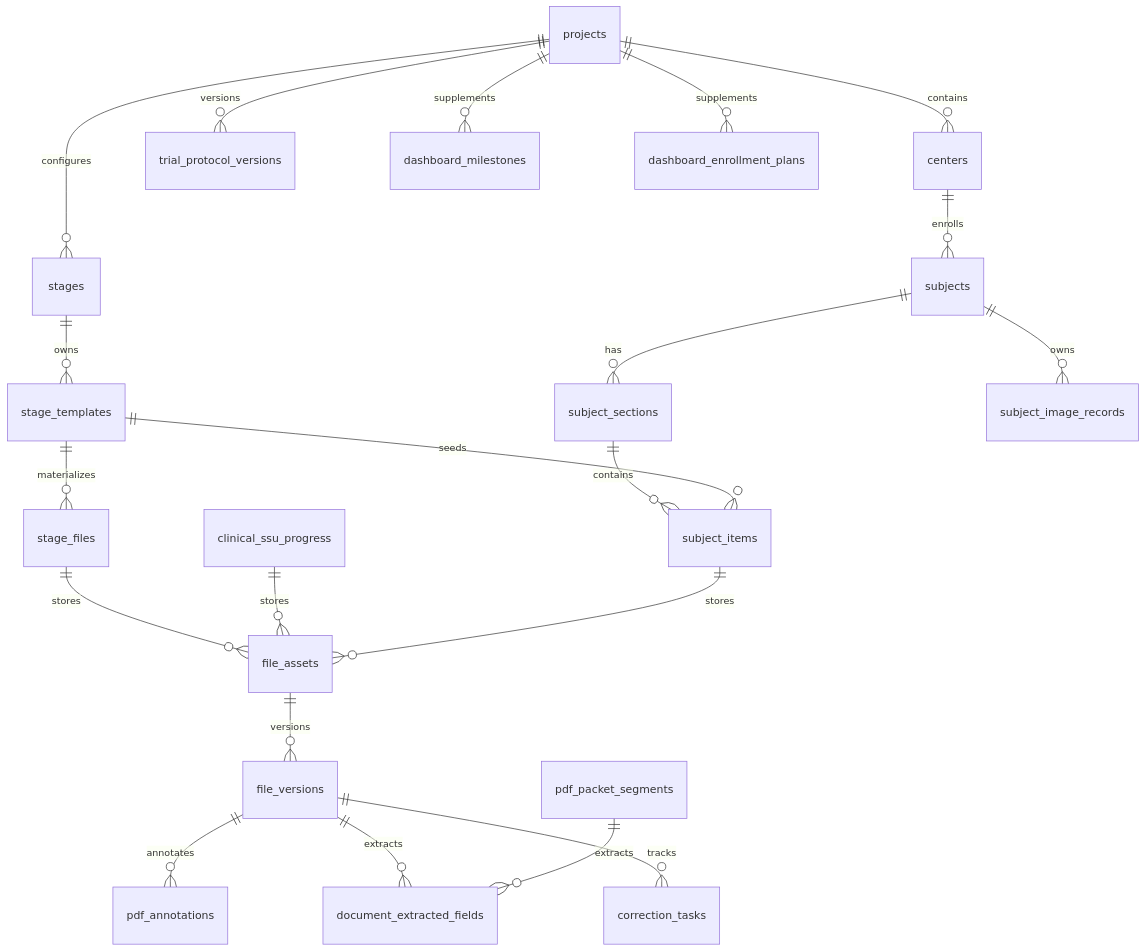
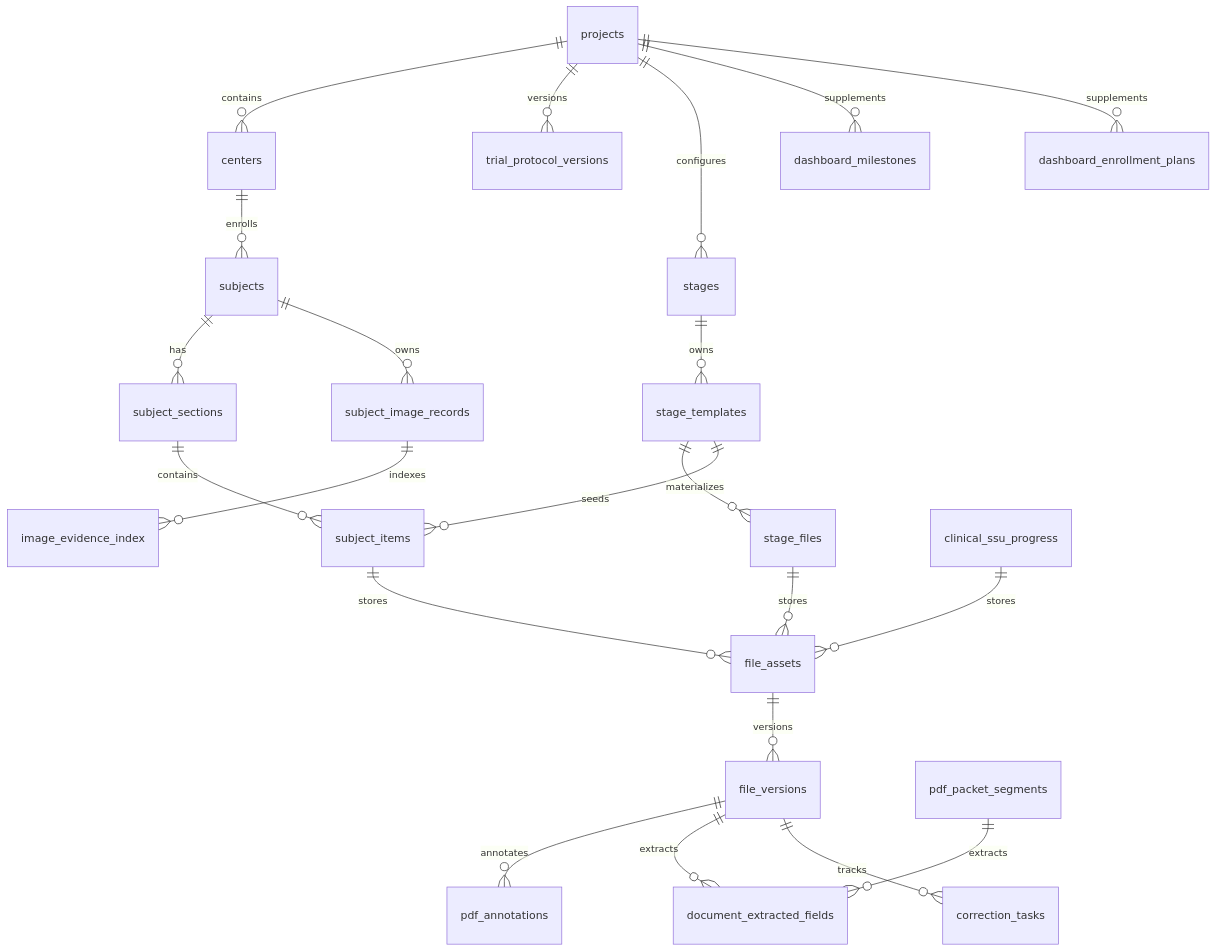
One commit to cafelemon/clinical-data-system changed the diagram in docs/database_field_design.md. Above: the diagram before and after it, drawn with Mermaid. The commit also changed other lines of this file and 13 other files, not shown here.

Commit message:
Add Image Evidence model and Snapshot v4.2 docs

````diff
--- a/docs/database_field_design.md
+++ b/docs/database_field_design.md
@@ -9,23 +9,24 @@
 ```mermaid
 erDiagram
   projects ||--o{ centers : contains
   projects ||--o{ trial_protocol_versions : versions
   projects ||--o{ stages : configures
   stages ||--o{ stage_templates : owns
   centers ||--o{ subjects : enrolls
   subjects ||--o{ subject_sections : has
   subject_sections ||--o{ subject_items : contains
   subjects ||--o{ subject_image_records : owns
+  subject_image_records ||--o{ image_evidence_index : indexes
   stage_templates ||--o{ stage_files : materializes
   stage_templates ||--o{ subject_items : seeds
   stage_files ||--o{ file_assets : stores
   clinical_ssu_progress ||--o{ file_assets : stores
   subject_items ||--o{ file_assets : stores
   file_assets ||--o{ file_versions : versions
   file_versions ||--o{ pdf_annotations : annotates
   file_versions ||--o{ document_extracted_fields : extracts
   pdf_packet_segments ||--o{ document_extracted_fields : extracts
   file_versions ||--o{ correction_tasks : tracks
   projects ||--o{ dashboard_milestones : supplements
   projects ||--o{ dashboard_enrollment_plans : supplements
 ```
````
